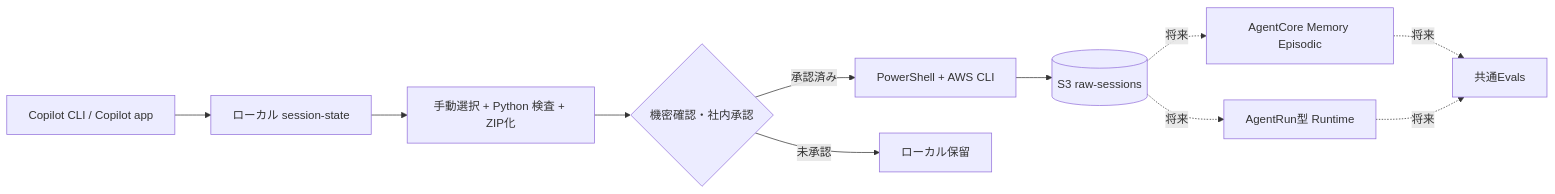
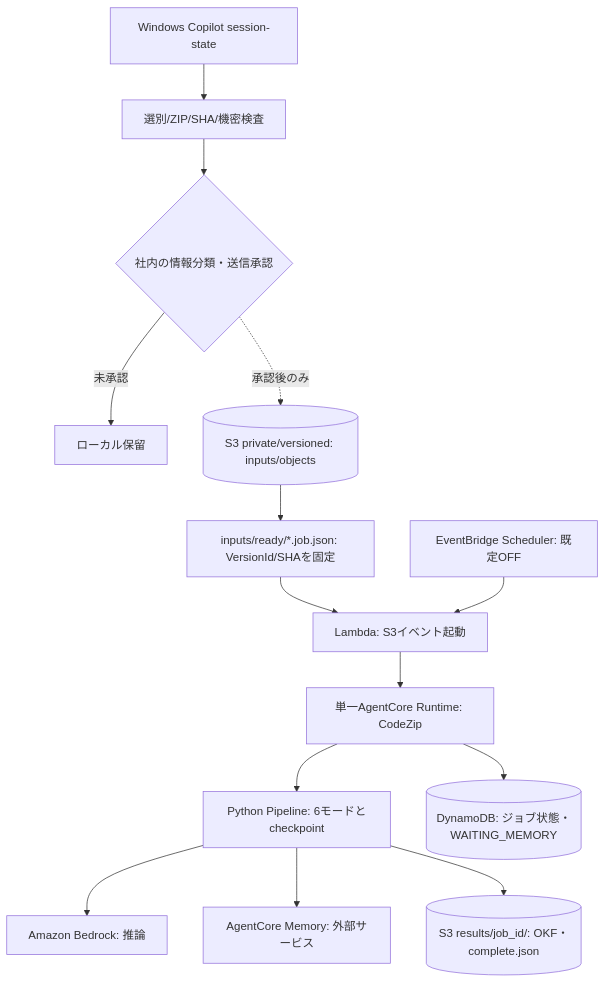
The diagram in docs/architecture.md (yu37330/Copilot_Self-Learning_Platform), drawn with Mermaid before and after one commit. The commit also changed other lines of this file and 11 other files, not shown here.

Commit message:
docs: update current architecture, CodeZip Runtime, Memory resume and OKF status

````diff
--- a/docs/architecture.md
+++ b/docs/architecture.md
@@ -9,13 +7,16 @@
 ```mermaid
-flowchart LR
-  A[Copilot CLI / Copilot app] --> B[ローカル session-state]
-  B --> C[手動選択 + Python 検査 + ZIP化]
-  C --> D{機密確認・社内承認}
-  D -->|承認済み| E[PowerShell + AWS CLI]
-  D -->|未承認| F[ローカル保留]
-  E --> G[(S3 raw-sessions)]
-  G -.将来.-> H[AgentCore Memory Episodic]
-  G -.将来.-> I[AgentRun型 Runtime]
-  H -.将来.-> J[共通Evals]
-  I -.将来.-> J
+flowchart TB
+  A[Windows Copilot session-state] --> B[選別/ZIP/SHA/機密検査]
+  B --> C{社内の情報分類・送信承認}
+  C -->|未承認| D[ローカル保留]
+  C -. 承認後のみ .-> E[(S3 private/versioned: inputs/objects)]
+  E --> F[inputs/ready/*.job.json: VersionId/SHAを固定]
+  F --> G[Lambda: S3イベント起動]
+  H[EventBridge Scheduler: 既定OFF] --> G
+  G --> I[単一AgentCore Runtime: CodeZip]
+  I --> J[Python Pipeline: 6モードとcheckpoint]
+  J --> K[Amazon Bedrock: 推論]
+  J --> L[AgentCore Memory: 外部サービス]
+  I --> M[(DynamoDB: ジョブ状態・WAITING_MEMORY)]
+  J --> N[(S3 results/job_id/: OKF・complete.json)]
 ```
````
